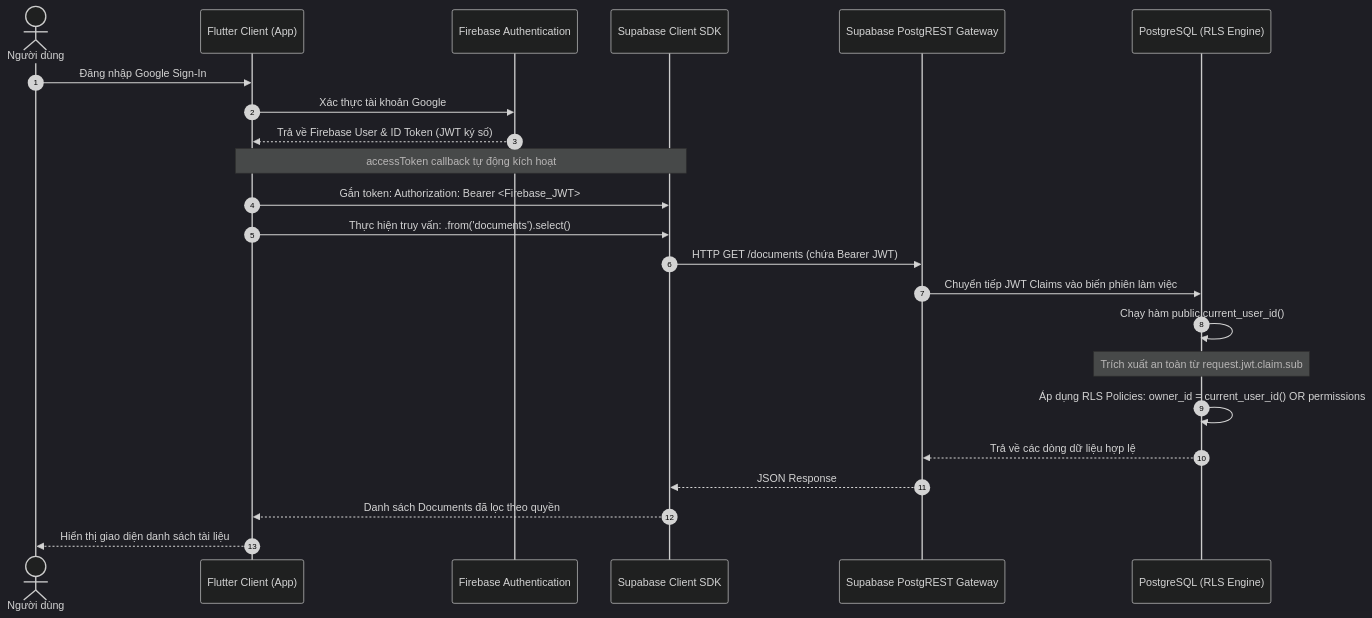
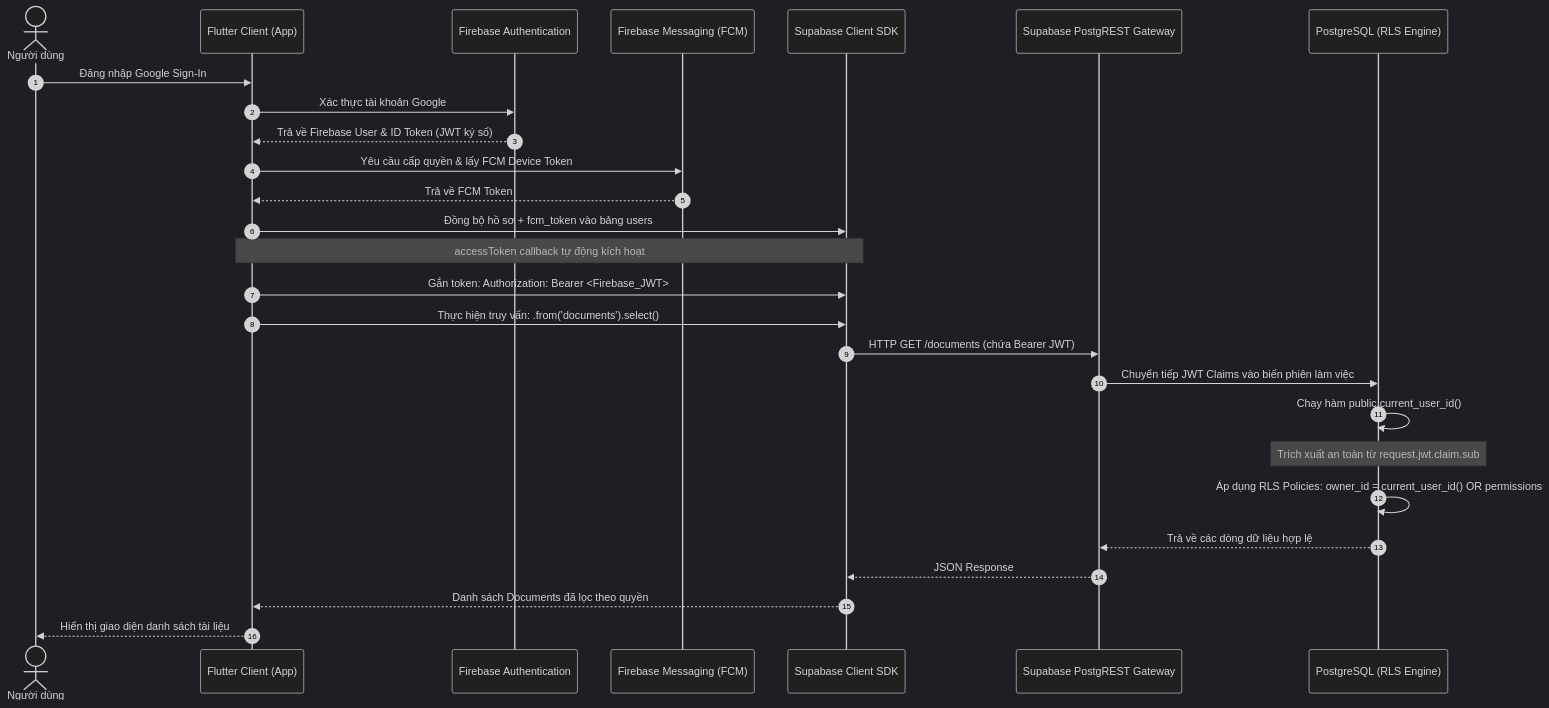
Before and after one commit to thudao612/N14-CSE441-study-document-manager: the third of 3 diagrams in REPORT_CL1.md, drawn with Mermaid (dark theme). The commit also changed other lines of this file and 16 other files, not shown here.

Commit message:
feat: add Supabase document and storage repositories, user entity, and Firebase messaging integration

````diff
--- a/REPORT_CL1.md
+++ b/REPORT_CL1.md
@@ -131,29 +155,34 @@
 ```mermaid
 sequenceDiagram
     autonumber
     actor User as Người dùng
     participant App as Flutter Client (App)
     participant FAuth as Firebase Authentication
+    participant FCM as Firebase Messaging (FCM)
     participant SupaClient as Supabase Client SDK
     participant PostgREST as Supabase PostgREST Gateway
     participant Postgres as PostgreSQL (RLS Engine)
 
     User->>App: Đăng nhập Google Sign-In
     App->>FAuth: Xác thực tài khoản Google
     FAuth-->>App: Trả về Firebase User & ID Token (JWT ký số)
     
+    App->>FCM: Yêu cầu cấp quyền & lấy FCM Device Token
+    FCM-->>App: Trả về FCM Token
+    App->>SupaClient: Đồng bộ hồ sơ + fcm_token vào bảng users
+
     Note over App,SupaClient: accessToken callback tự động kích hoạt
     App->>SupaClient: Gắn token: Authorization: Bearer <Firebase_JWT>
 
     App->>SupaClient: Thực hiện truy vấn: .from('documents').select()
     SupaClient->>PostgREST: HTTP GET /documents (chứa Bearer JWT)
     
     PostgREST->>Postgres: Chuyển tiếp JWT Claims vào biến phiên làm việc
     Postgres->>Postgres: Chạy hàm public.current_user_id()
     Note over Postgres: Trích xuất an toàn từ request.jwt.claim.sub
     Postgres->>Postgres: Áp dụng RLS Policies: owner_id = current_user_id() OR permissions
     Postgres-->>PostgREST: Trả về các dòng dữ liệu hợp lệ
     PostgREST-->>SupaClient: JSON Response
     SupaClient-->>App: Danh sách Documents đã lọc theo quyền
     App-->>User: Hiển thị giao diện danh sách tài liệu
 ```
````
